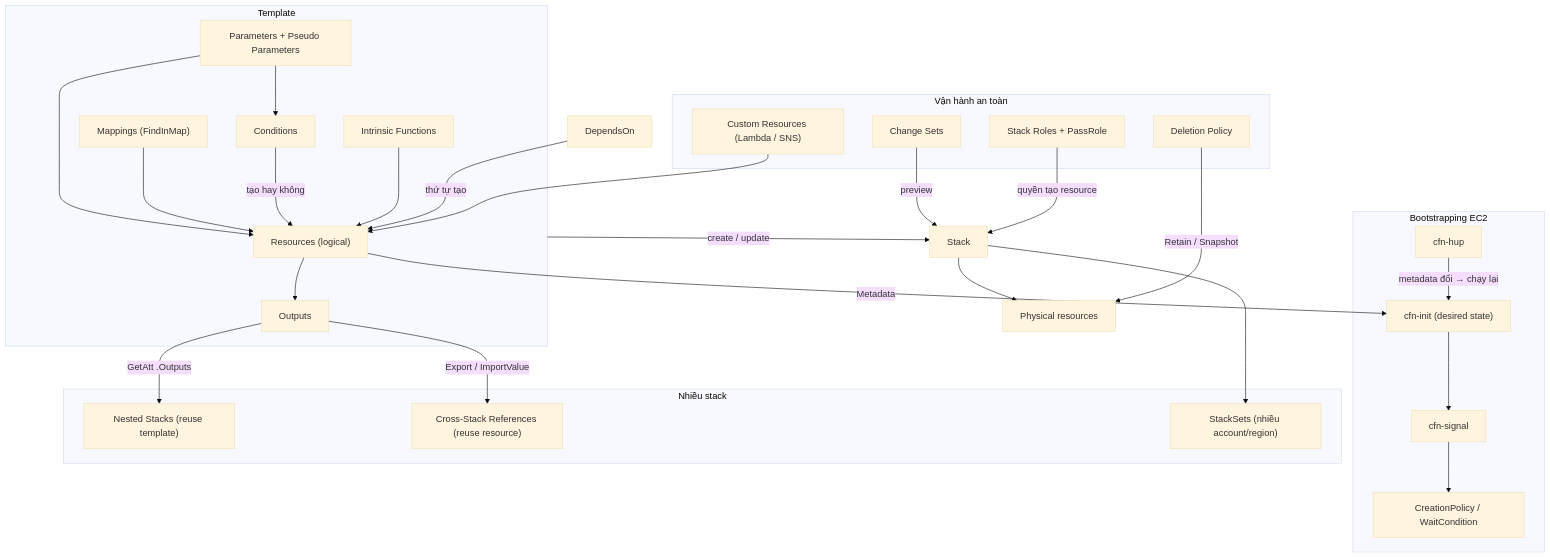
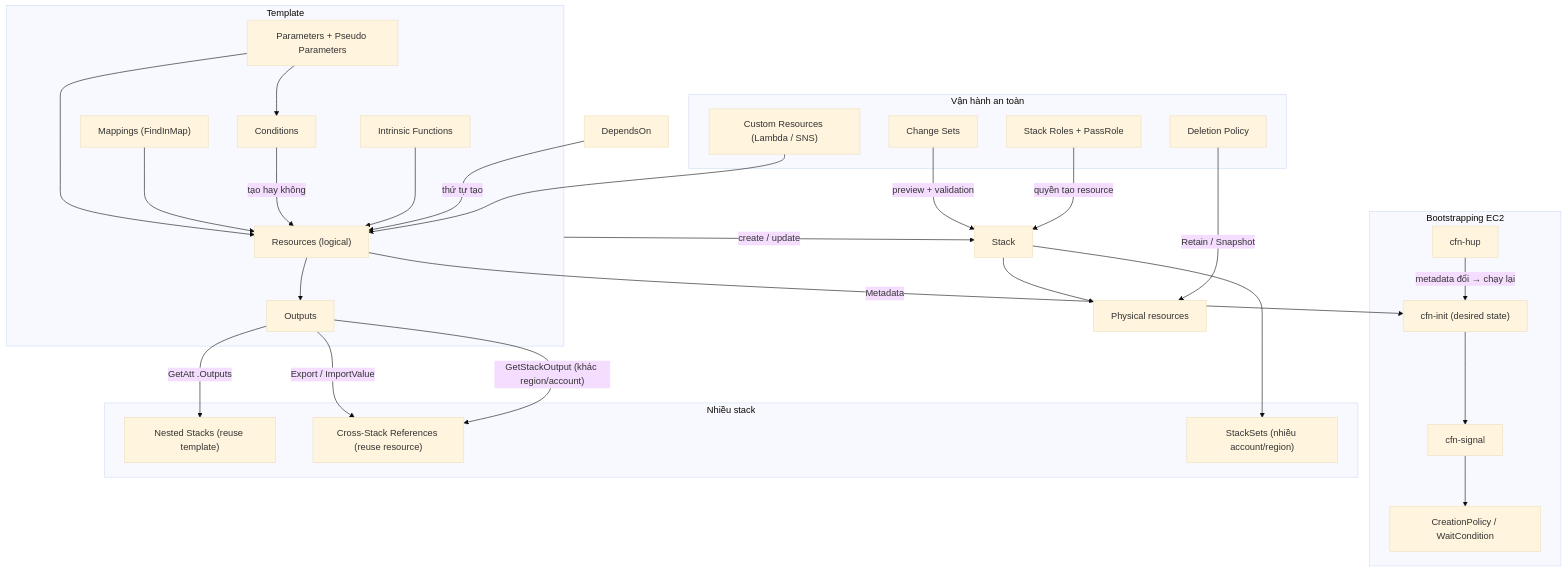
Before and after one commit to hairbui76/aws-saa-c03: the diagram in data/19 CloudFormation/_MOC 19 CloudFormation.md, drawn with Mermaid (base theme). The commit also changed other lines of this file and 42 other files, not shown here.

````diff
--- a/data/19 CloudFormation/_MOC 19 CloudFormation.md
+++ b/data/19 CloudFormation/_MOC 19 CloudFormation.md
@@ -31,50 +31,51 @@
 ```mermaid
 flowchart TB
   subgraph TPL["Template"]
     PAR["Parameters + Pseudo Parameters"]
     MAP["Mappings (FindInMap)"]
     CON["Conditions"]
     RES["Resources (logical)"]
     OUT["Outputs"]
     FN["Intrinsic Functions"]
   end
   PAR --> CON
   PAR --> RES
   MAP --> RES
   CON -->|"tạo hay không"| RES
   FN --> RES
   RES --> OUT
   TPL -->|"create / update"| STACK["Stack"]
   STACK --> PHY["Physical resources"]
 
   subgraph EC2B["Bootstrapping EC2"]
     INIT["cfn-init (desired state)"]
     SIG["cfn-signal"]
     WAIT["CreationPolicy / WaitCondition"]
     HUP["cfn-hup"]
   end
   RES -->|"Metadata"| INIT
   INIT --> SIG --> WAIT
   HUP -->|"metadata đổi → chạy lại"| INIT
   DEP["DependsOn"] -->|"thứ tự tạo"| RES
 
   subgraph MULTI["Nhiều stack"]
     NEST["Nested Stacks (reuse template)"]
     XS["Cross-Stack References (reuse resource)"]
     SS["StackSets (nhiều account/region)"]
   end
   OUT -->|"GetAtt .Outputs"| NEST
   OUT -->|"Export / ImportValue"| XS
+  OUT -->|"GetStackOutput (khác region/account)"| XS
   STACK --> SS
 
   subgraph SAFE["Vận hành an toàn"]
     DP["Deletion Policy"]
     CS["Change Sets"]
     ROLE["Stack Roles + PassRole"]
     CR["Custom Resources (Lambda / SNS)"]
   end
-  CS -->|"preview"| STACK
+  CS -->|"preview + validation"| STACK
   DP -->|"Retain / Snapshot"| PHY
   ROLE -->|"quyền tạo resource"| STACK
   CR --> RES
 ```
````
